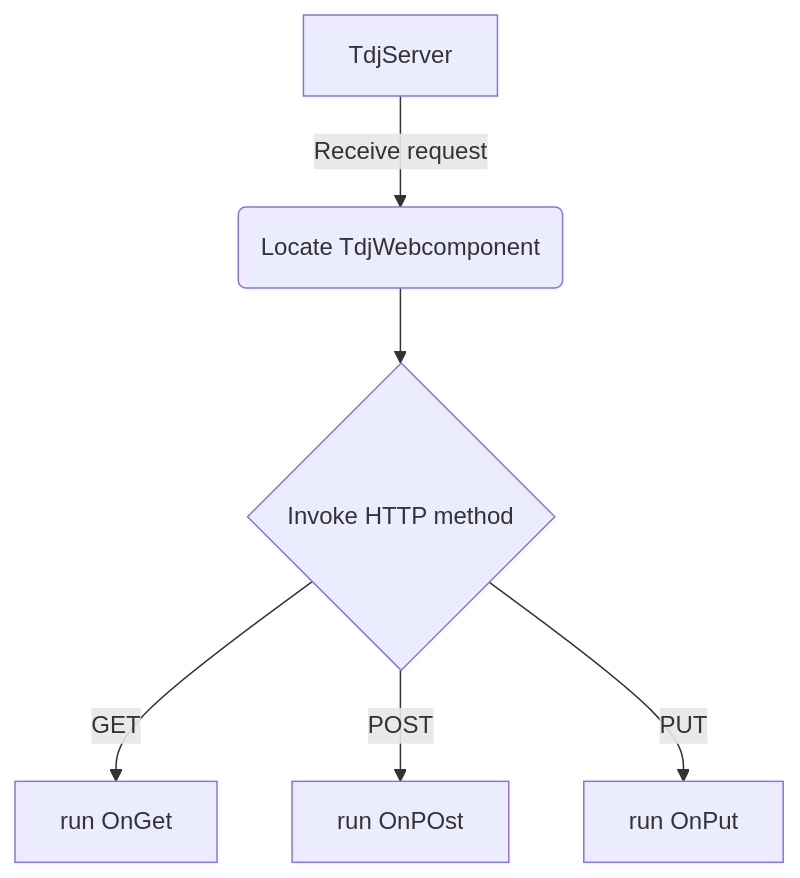
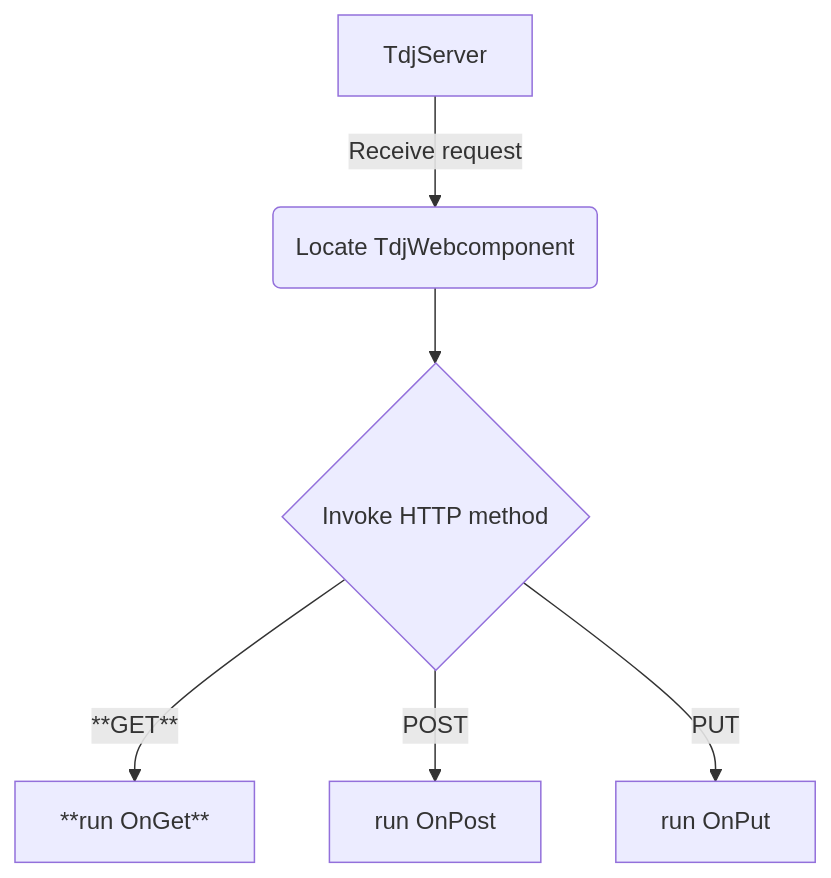
The diagram in README.md (michaelJustin/daraja-framework), drawn with Mermaid before and after one commit. The commit also changed other lines of this file, not shown here.

````diff
--- a/README.md
+++ b/README.md
@@ -107,10 +110,12 @@
 ```mermaid
 
 flowchart TD
     A[TdjServer] -->|Receive request| B(Locate TdjWebcomponent)
     B --> C{Invoke HTTP method}
-    C -->|GET| D[run OnGet]
-    C -->|POST| E[run OnPOst]
+    C -->|**GET**| D[**run OnGet**]
+    C -->|POST| E[run OnPost]
     C -->|PUT| F[run OnPut]
 
+    
+
 ```
````
